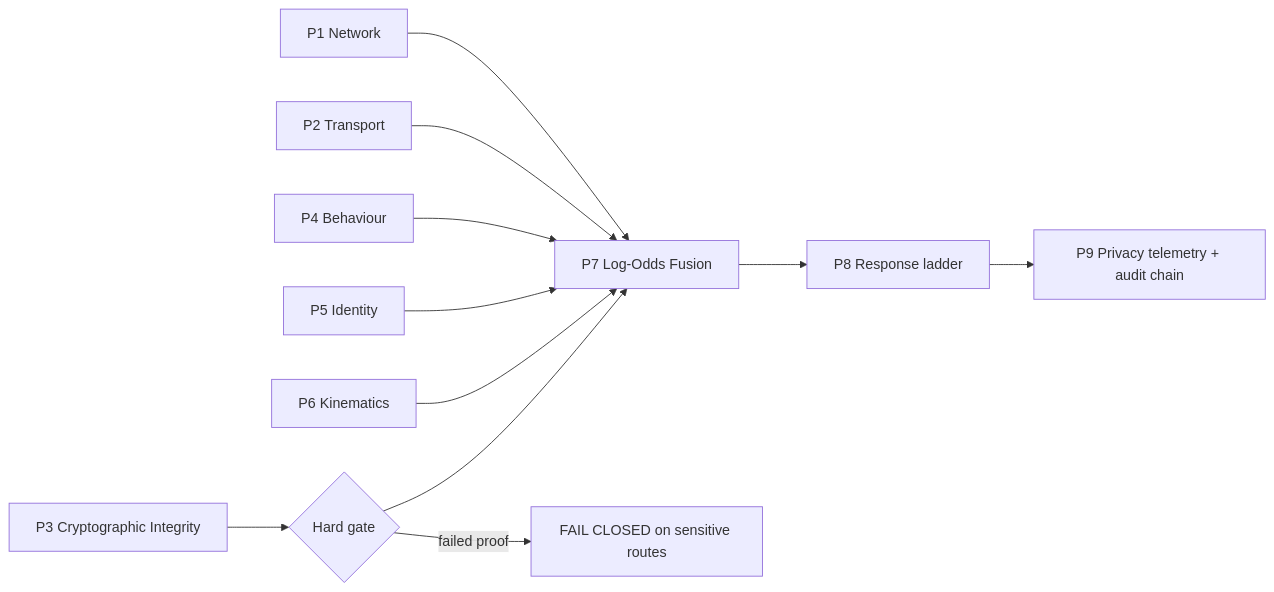
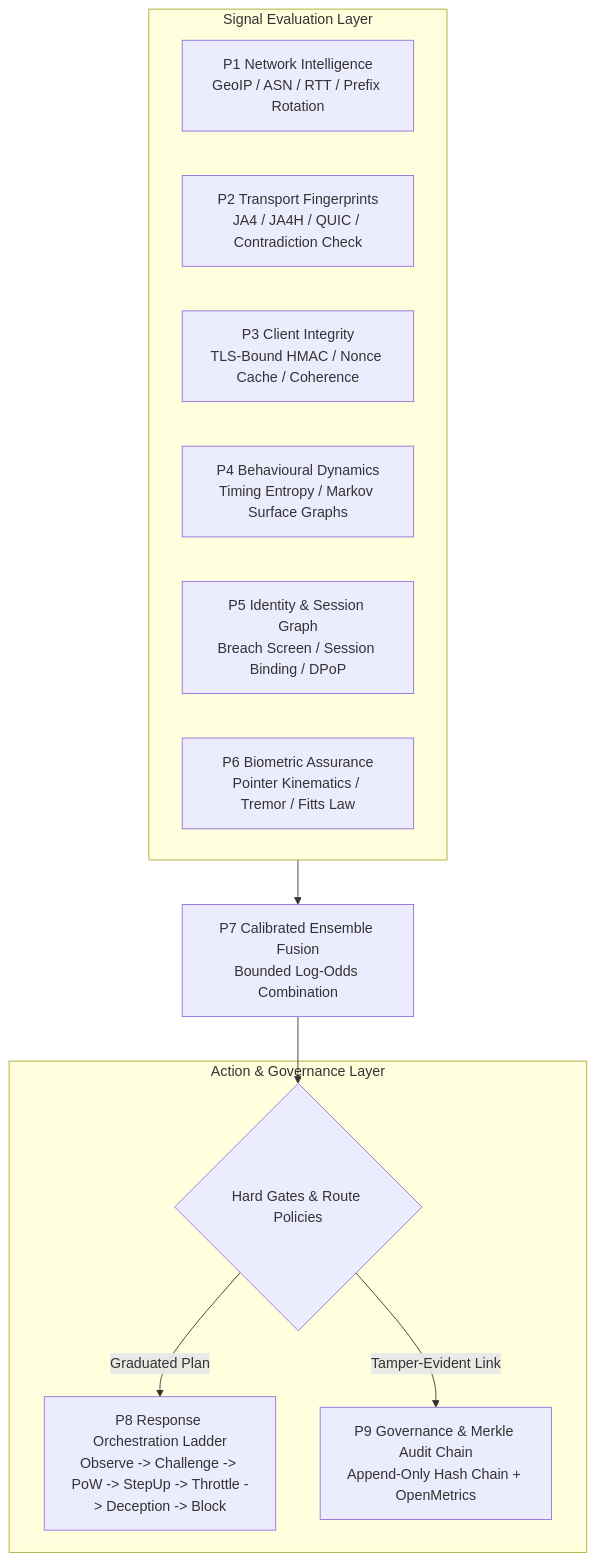
The diagram in README.md (Marwenrb/AegisSovereign), drawn with Mermaid before and after one commit. The commit also changed other lines of this file and 6 other files, not shown here.

````diff
--- a/README.md
+++ b/README.md
@@ -23,13 +41,19 @@
 ```mermaid
-flowchart LR
-    P1[P1 Network] --> P7[P7 Log-Odds Fusion]
-    P2[P2 Transport] --> P7
-    P3[P3 Cryptographic Integrity] --> G{Hard gate}
-    P4[P4 Behaviour] --> P7
-    P5[P5 Identity] --> P7
-    P6[P6 Kinematics] --> P7
-    G --> P7
-    G -->|failed proof| B[FAIL CLOSED on sensitive routes]
-    P7 --> P8[P8 Response ladder]
-    P8 --> P9[P9 Privacy telemetry + audit chain]
+flowchart TD
+    subgraph SignalLayer [Signal Evaluation Layer]
+        P1[P1 Network Intelligence\nGeoIP / ASN / RTT / Prefix Rotation]
+        P2[P2 Transport Fingerprints\nJA4 / JA4H / QUIC / Contradiction Check]
+        P3[P3 Client Integrity\nTLS-Bound HMAC / Nonce Cache / Coherence]
+        P4[P4 Behavioural Dynamics\nTiming Entropy / Markov Surface Graphs]
+        P5[P5 Identity & Session Graph\nBreach Screen / Session Binding / DPoP]
+        P6[P6 Biometric Assurance\nPointer Kinematics / Tremor / Fitts Law]
+    end
+
+    SignalLayer --> P7[P7 Calibrated Ensemble Fusion\nBounded Log-Odds Combination]
+    P7 --> G{Hard Gates & Route Policies}
+
+    subgraph ActionGovernance [Action & Governance Layer]
+        G -->|Graduated Plan| P8[P8 Response Orchestration Ladder\nObserve -> Challenge -> PoW -> StepUp -> Throttle -> Deception -> Block]
+        G -->|Tamper-Evident Link| P9[P9 Governance & Merkle Audit Chain\nAppend-Only Hash Chain + OpenMetrics]
+    end
 ```
````
